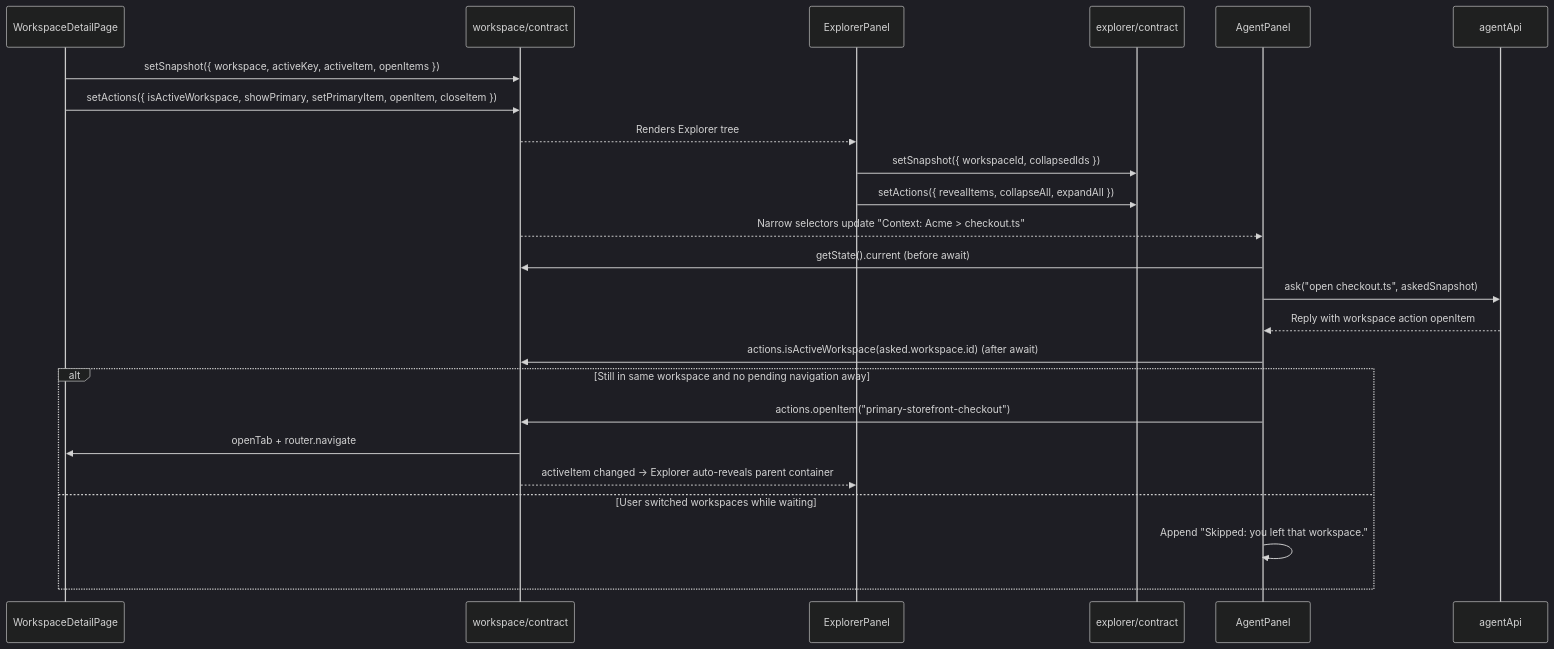
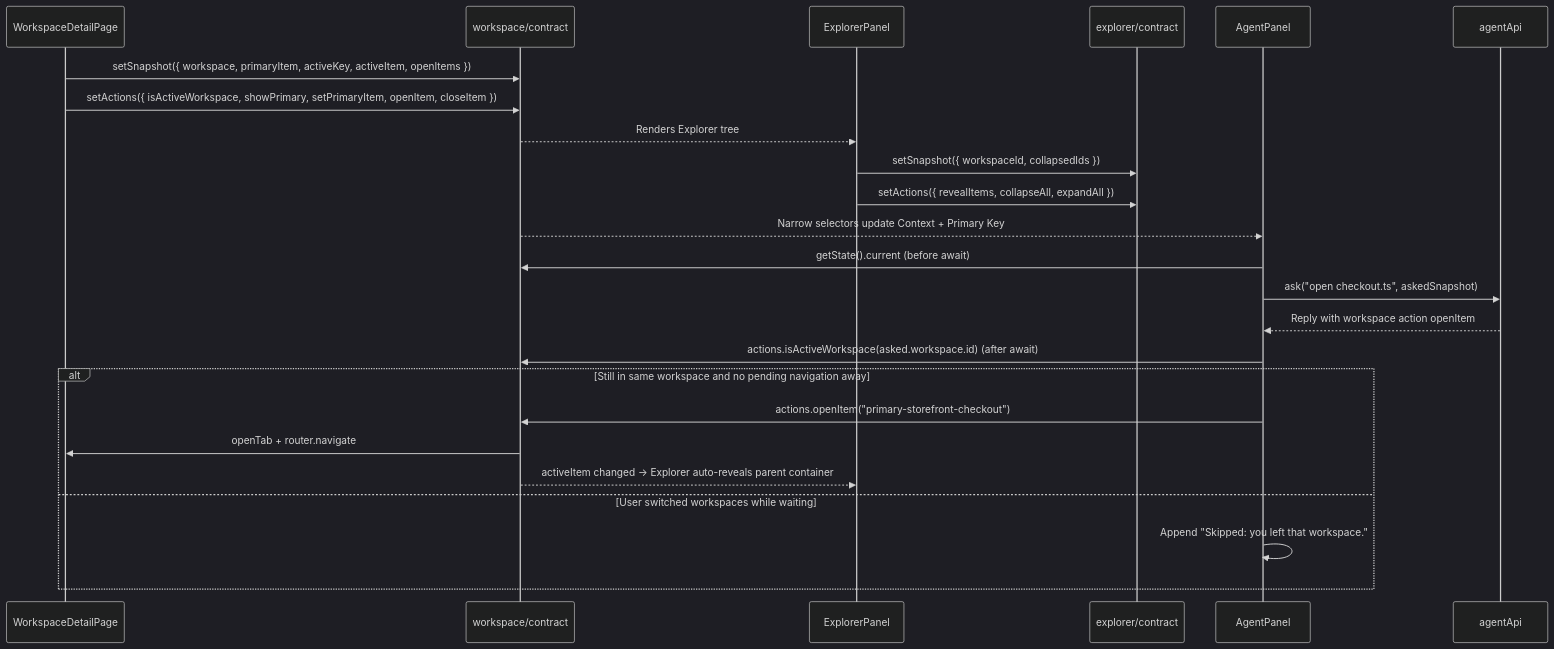
One commit to ppongtong/ide-shell changed the eighth of 12 diagrams in docs/DESIGN.md. Above: the diagram before and after it, drawn with Mermaid (dark theme). The commit also changed other lines of this file and 16 other files, not shown here.

Commit message:
Expose primaryItem on workspace contract, preserve root folders in Explorer, and memoize openItems

````diff
--- a/docs/DESIGN.md
+++ b/docs/DESIGN.md
@@ -404,28 +409,28 @@
 ```mermaid
 sequenceDiagram
     participant Page as WorkspaceDetailPage
     participant WsC as workspace/contract
     participant Exp as ExplorerPanel
     participant ExpC as explorer/contract
     participant Agent as AgentPanel
     participant API as agentApi
 
-    Page->>WsC: setSnapshot({ workspace, activeKey, activeItem, openItems })
+    Page->>WsC: setSnapshot({ workspace, primaryItem, activeKey, activeItem, openItems })
     Page->>WsC: setActions({ isActiveWorkspace, showPrimary, setPrimaryItem, openItem, closeItem })
     WsC-->>Exp: Renders Explorer tree
     Exp->>ExpC: setSnapshot({ workspaceId, collapsedIds })
     Exp->>ExpC: setActions({ revealItems, collapseAll, expandAll })
-    WsC-->>Agent: Narrow selectors update "Context: Acme > checkout.ts"
+    WsC-->>Agent: Narrow selectors update Context + Primary Key
 
     Agent->>WsC: getState().current (before await)
     Agent->>API: ask("open checkout.ts", askedSnapshot)
     API-->>Agent: Reply with workspace action openItem
     Agent->>WsC: actions.isActiveWorkspace(asked.workspace.id) (after await)
     alt Still in same workspace and no pending navigation away
       Agent->>WsC: actions.openItem("primary-storefront-checkout")
       WsC->>Page: openTab + router.navigate
       WsC-->>Exp: activeItem changed -> Explorer auto-reveals parent container
     else User switched workspaces while waiting
       Agent->>Agent: Append "Skipped: you left that workspace."
     end
 ```
````
